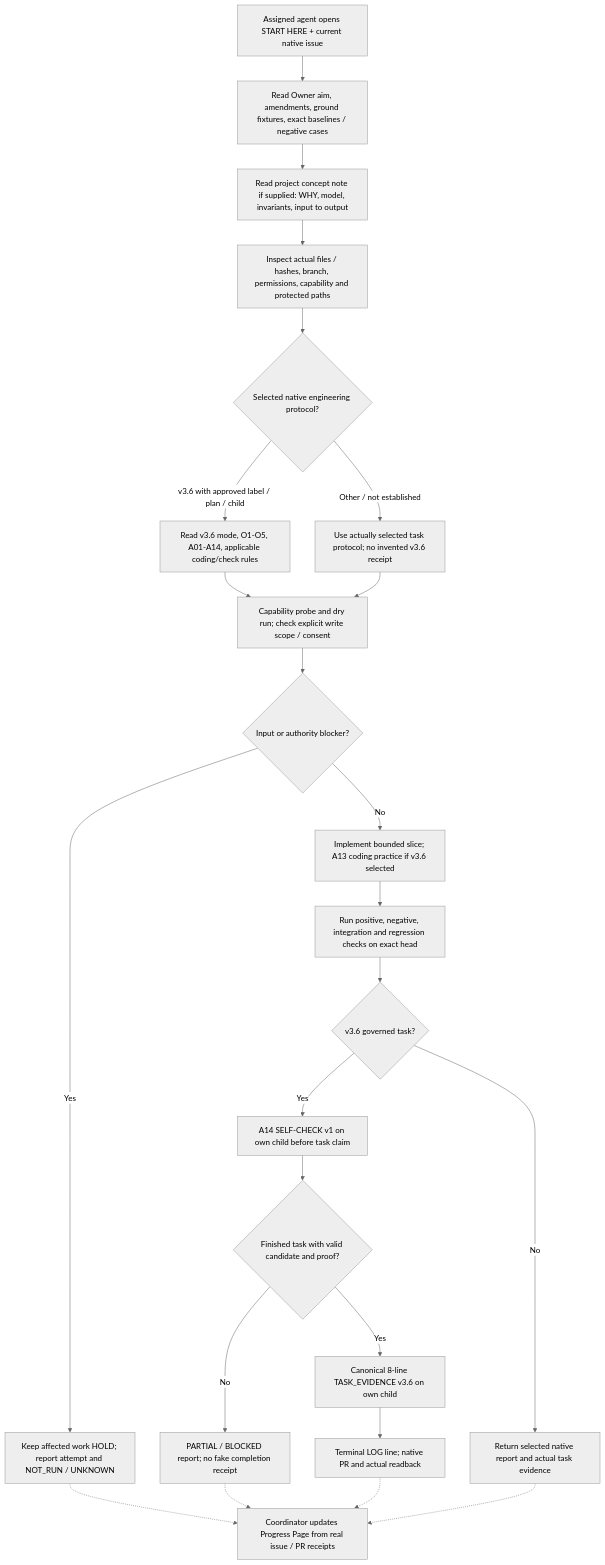
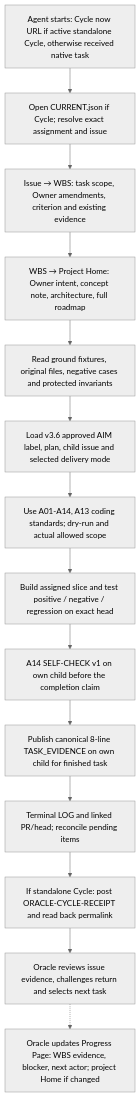
One commit to reallakshman19/Common changed the third of 5 diagrams in skills/agent-work/ENTRY_PROCESS_MAPS.md. Above: the diagram before and after it, drawn with Mermaid (neutral theme). The commit also changed other lines of this file, not shown here.

Commit message:
docs(agent-work): correct five maps for Oracle ownership, Cycle now, v3.6 and project Home

````diff
--- a/skills/agent-work/ENTRY_PROCESS_MAPS.md
+++ b/skills/agent-work/ENTRY_PROCESS_MAPS.md
@@ -67,26 +65,17 @@
 ```mermaid
 flowchart TD
-  C0["Assigned agent opens START HERE + current native issue"] --> C1["Read Owner aim, amendments, ground fixtures, exact baselines / negative cases"]
-  C1 --> C2["Read project concept note if supplied: WHY, model, invariants, input to output"]
-  C2 --> C3["Inspect actual files / hashes, branch, permissions, capability and protected paths"]
-  C3 --> C4{"Selected native engineering protocol?"}
-  C4 -->|v3.6 with approved label / plan / child| C5["Read v3.6 mode, O1-O5, A01-A14, applicable coding/check rules"]
-  C4 -->|Other / not established| CX["Use actually selected task protocol; no invented v3.6 receipt"]
-  C5 --> C6["Capability probe and dry run; check explicit write scope / consent"]
-  CX --> C6
-  C6 --> C7{"Input or authority blocker?"}
-  C7 -->|Yes| CH["Keep affected work HOLD; report attempt and NOT_RUN / UNKNOWN"]
-  C7 -->|No| C8["Implement bounded slice; A13 coding practice if v3.6 selected"]
-  C8 --> C9["Run positive, negative, integration and regression checks on exact head"]
-  C9 --> C10{"v3.6 governed task?"}
-  C10 -->|Yes| C11["A14 SELF-CHECK v1 on own child before task claim"]
-  C11 --> C12{"Finished task with valid candidate and proof?"}
-  C12 -->|Yes| C13["Canonical 8-line TASK_EVIDENCE v3.6 on own child"]
-  C12 -->|No| CH2["PARTIAL / BLOCKED report; no fake completion receipt"]
-  C13 --> C14["Terminal LOG line; native PR and actual readback"]
-  C10 -->|No| C15["Return selected native report and actual task evidence"]
-  CH -.-> CP["Coordinator updates Progress Page from real issue / PR receipts"]
-  CH2 -.-> CP
-  C14 -.-> CP
-  C15 -.-> CP
+  C0["Agent starts: Cycle now URL if active standalone Cycle, otherwise received native task"]
+  C0 --> C1["Open CURRENT.json if Cycle; resolve exact assignment and issue"]
+  C1 --> C2["Issue → WBS: task scope, Owner amendments, criterion and existing evidence"]
+  C2 --> C3["WBS → Project Home: Owner intent, concept note, architecture, full roadmap"]
+  C3 --> C4["Read ground fixtures, original files, negative cases and protected invariants"]
+  C4 --> C5["Load v3.6 approved AIM label, plan, child issue and selected delivery mode"]
+  C5 --> C6["Use A01-A14, A13 coding standards; dry-run and actual allowed scope"]
+  C6 --> C7["Build assigned slice and test positive / negative / regression on exact head"]
+  C7 --> C8["A14 SELF-CHECK v1 on own child before the completion claim"]
+  C8 --> C9["Publish canonical 8-line TASK_EVIDENCE on own child for finished task"]
+  C9 --> C10["Terminal LOG and linked PR/head; reconcile pending items"]
+  C10 --> C11["If standalone Cycle: post ORACLE-CYCLE-RECEIPT and read back permalink"]
+  C11 --> C12["Oracle reviews issue evidence, challenges return and selects next task"]
+  C12 -.-> CP["Oracle updates Progress Page: WBS evidence, blocker, next actor; project Home if changed"]
 ```
````
